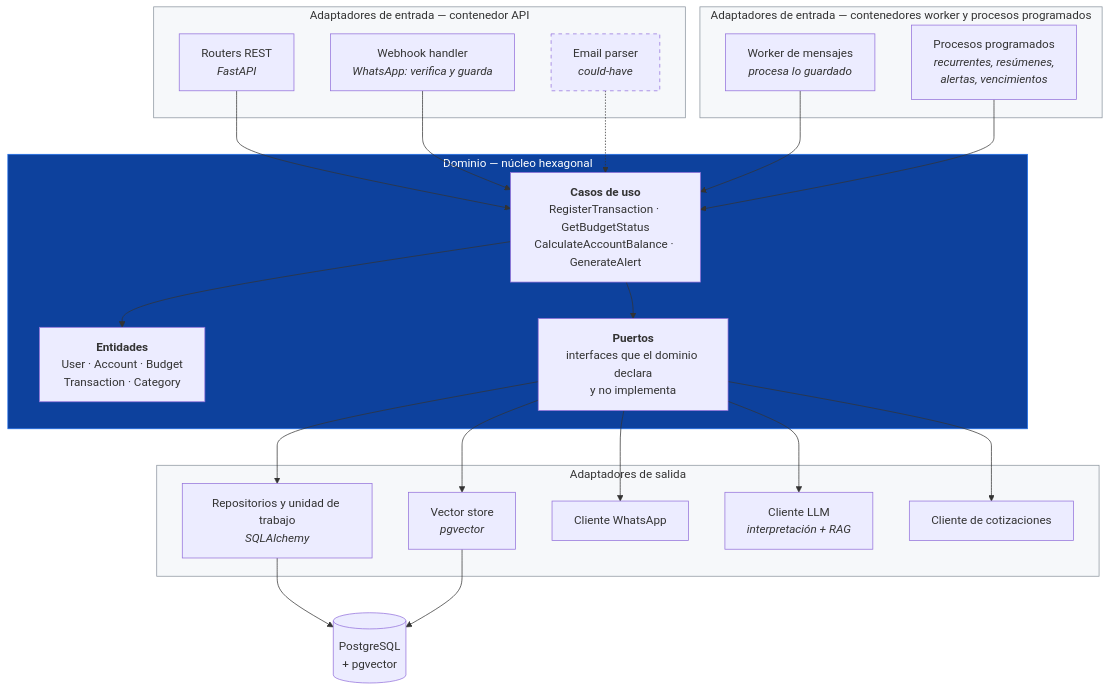
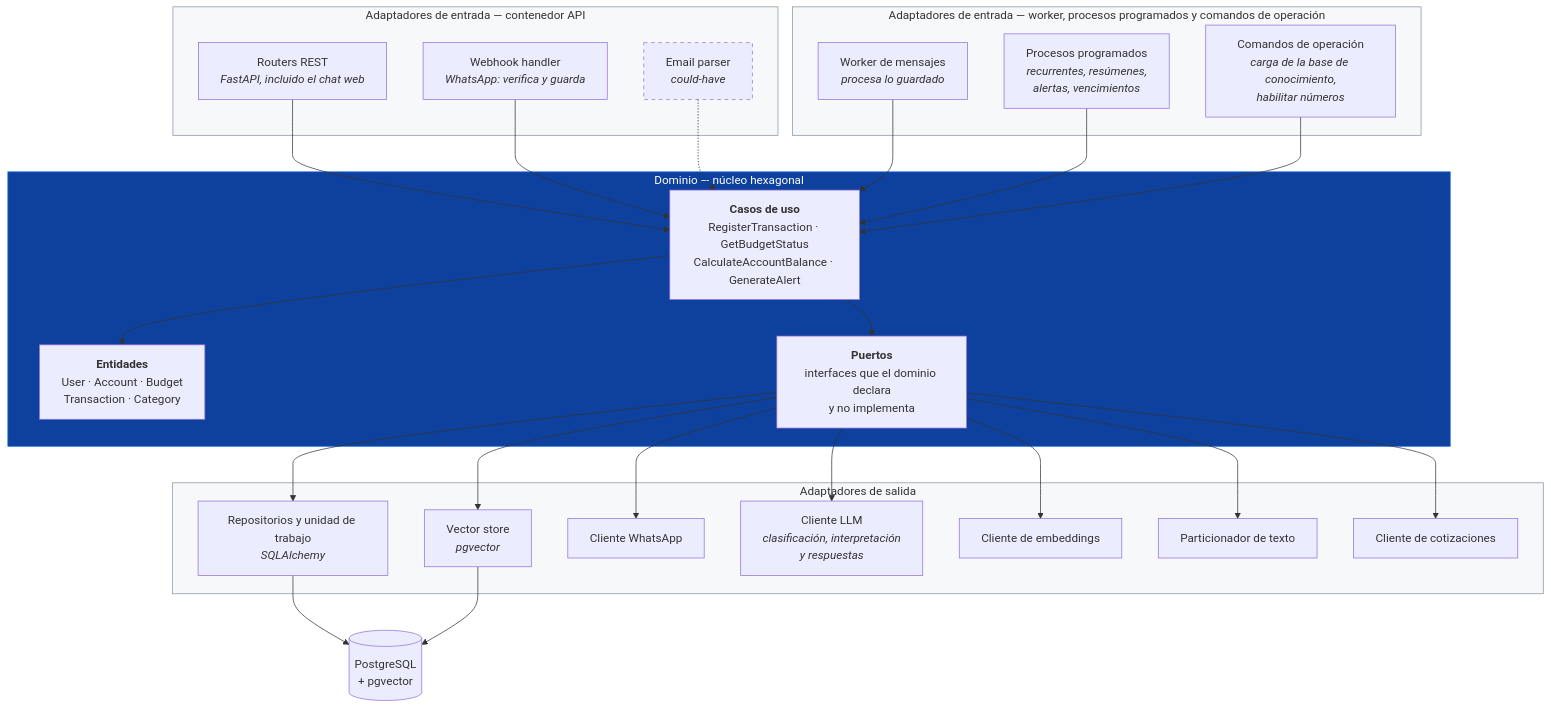
Before and after one commit to verozacarias-prog/AI4Devs-finalproject: the third of 4 diagrams in docs/02-arquitectura.md, drawn with Mermaid. The commit also changed other lines of this file and 25 other files, not shown here.

````diff
--- a/docs/02-arquitectura.md
+++ b/docs/02-arquitectura.md
@@ -81,48 +86,54 @@
 ```mermaid
 flowchart TB
     subgraph INBOUND["Adaptadores de entrada — contenedor API"]
-        ROUTERS["Routers REST<br/><i>FastAPI</i>"]
+        ROUTERS["Routers REST<br/><i>FastAPI, incluido el chat web</i>"]
         HOOK["Webhook handler<br/><i>WhatsApp: verifica y guarda</i>"]
         PARSE["Email parser<br/><i>could-have</i>"]
     end
 
-    subgraph WORKERBOX["Adaptadores de entrada — contenedores worker y procesos programados"]
+    subgraph WORKERBOX["Adaptadores de entrada — worker, procesos programados y comandos de operación"]
         MSGWK["Worker de mensajes<br/><i>procesa lo guardado</i>"]
         SCHED["Procesos programados<br/><i>recurrentes, resúmenes,<br/>alertas, vencimientos</i>"]
+        CLI["Comandos de operación<br/><i>carga de la base de conocimiento,<br/>habilitar números</i>"]
     end
 
     subgraph DOMAIN["Dominio — núcleo hexagonal"]
         UC["<b>Casos de uso</b><br/>RegisterTransaction · GetBudgetStatus<br/>CalculateAccountBalance · GenerateAlert"]
         ENT["<b>Entidades</b><br/>User · Account · Budget<br/>Transaction · Category"]
         PORTS["<b>Puertos</b><br/>interfaces que el dominio declara<br/>y no implementa"]
     end
 
     subgraph OUTBOUND["Adaptadores de salida"]
         REPO["Repositorios y unidad de trabajo<br/><i>SQLAlchemy</i>"]
         VECADAPT["Vector store<br/><i>pgvector</i>"]
         WACLIENT["Cliente WhatsApp"]
-        LLMCLIENT["Cliente LLM<br/><i>interpretación + RAG</i>"]
+        LLMCLIENT["Cliente LLM<br/><i>clasificación, interpretación<br/>y respuestas</i>"]
+        EMBCLIENT["Cliente de embeddings"]
+        SPLIT["Particionador de texto"]
         FXCLIENT["Cliente de cotizaciones"]
     end
 
     DB[("PostgreSQL<br/>+ pgvector")]
 
     ROUTERS --> UC
     HOOK --> UC
     MSGWK --> UC
     SCHED --> UC
+    CLI --> UC
     PARSE -.-> UC
     UC --> ENT
     UC --> PORTS
     PORTS --> REPO --> DB
     PORTS --> VECADAPT --> DB
     PORTS --> WACLIENT
     PORTS --> LLMCLIENT
+    PORTS --> EMBCLIENT
+    PORTS --> SPLIT
     PORTS --> FXCLIENT
 
     style DOMAIN fill:#0d419d,stroke:#1f6feb,color:#fff
     style INBOUND fill:#f6f8fa,stroke:#8b949e
     style WORKERBOX fill:#f6f8fa,stroke:#8b949e
     style OUTBOUND fill:#f6f8fa,stroke:#8b949e
     style PARSE stroke-dasharray: 5 5
 ```
````
